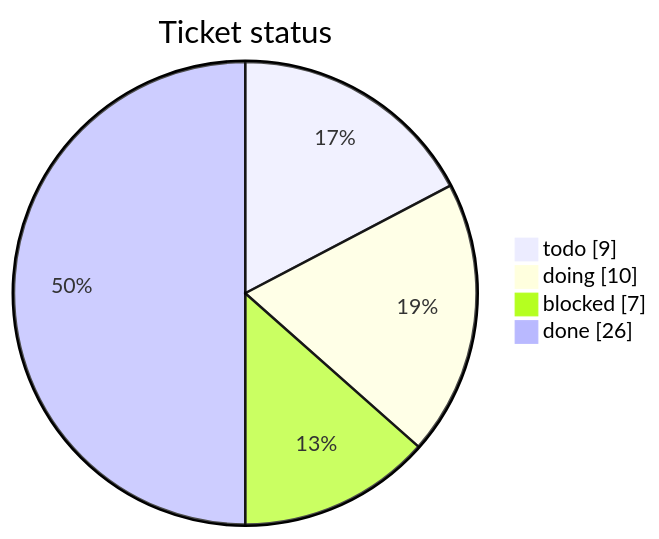
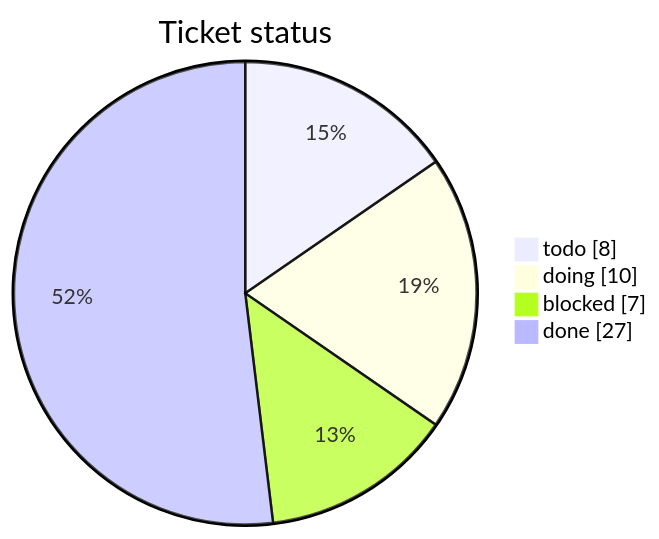
One commit to mohamed-soubhi/bootlab-esp changed the first of 3 diagrams in tickets/TICKETS.md. Above: the diagram before and after it, drawn with Mermaid. The commit also changed other lines of this file and 17 other files, not shown here.

````diff
--- a/tickets/TICKETS.md
+++ b/tickets/TICKETS.md
@@ -14,7 +14,7 @@
 ```mermaid
 pie showData title Ticket status
-    "todo" : 9
+    "todo" : 8
     "doing" : 10
     "blocked" : 7
-    "done" : 26
+    "done" : 27
 ```
````
